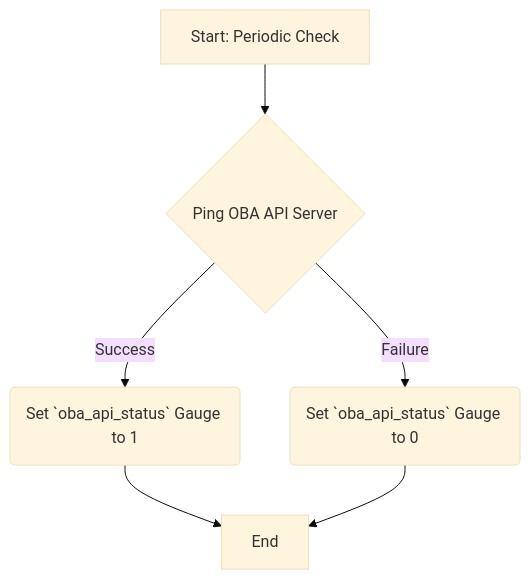
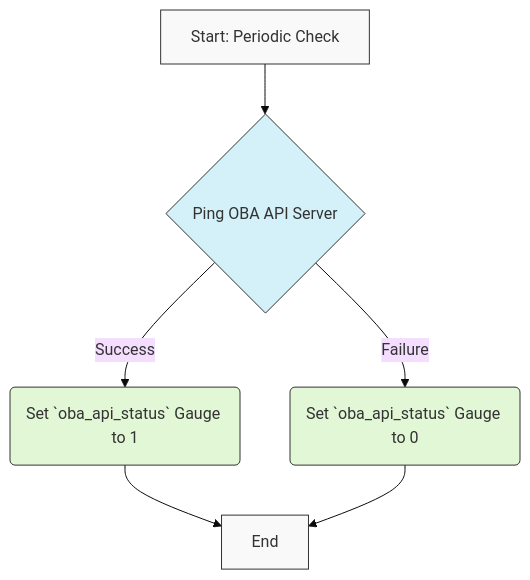
One commit to OneBusAway/watchdog changed diagram 11 of 11 in internal/metrics/metrics-reference.md. Above: the diagram before and after it, drawn with Mermaid (base theme). The commit also changed other lines of this file, not shown here.

````diff
--- a/internal/metrics/metrics-reference.md
+++ b/internal/metrics/metrics-reference.md
@@ -280,8 +544,17 @@
 ```mermaid
 graph TD
+    classDef process fill:#d4f1f9,stroke:#333,stroke-width:1px;
+    classDef data fill:#f9f9f9,stroke:#333,stroke-width:1px;
+    classDef output fill:#e1f7d5,stroke:#333,stroke-width:1px;
+    classDef decision fill:#ffe6cc,stroke:#333,stroke-width:1px;
+
     A[Start: Periodic Check] --> B{Ping OBA API Server};
     B -- Success --> C(Set `oba_api_status` Gauge to 1);
     B -- Failure --> D(Set `oba_api_status` Gauge to 0);
     C --> E[End];
     D --> E;
+
+    class A,E data;
+    class B process;
+    class C,D output;
 ```
````
